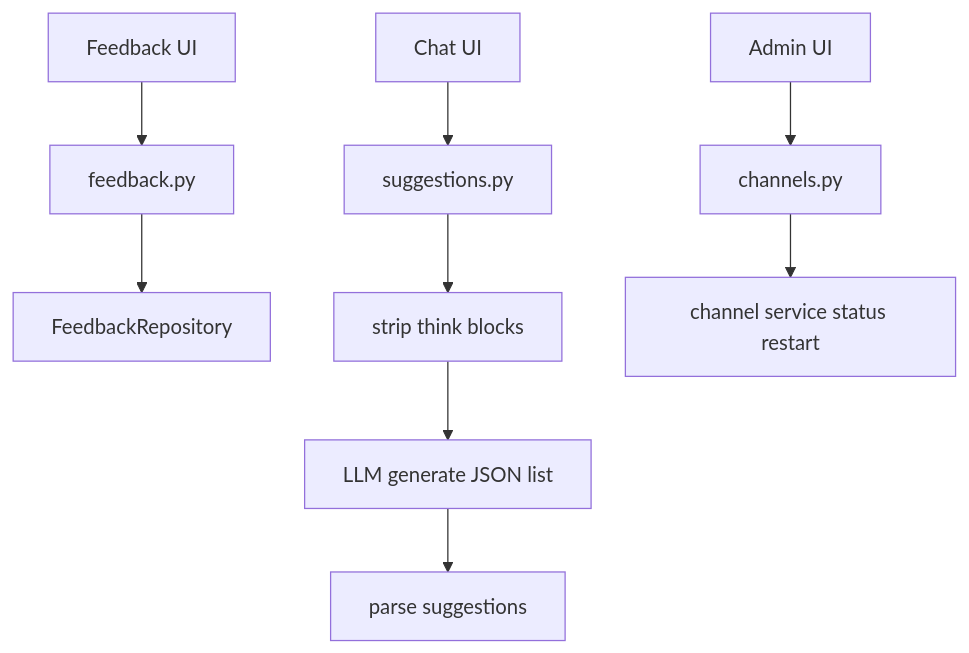
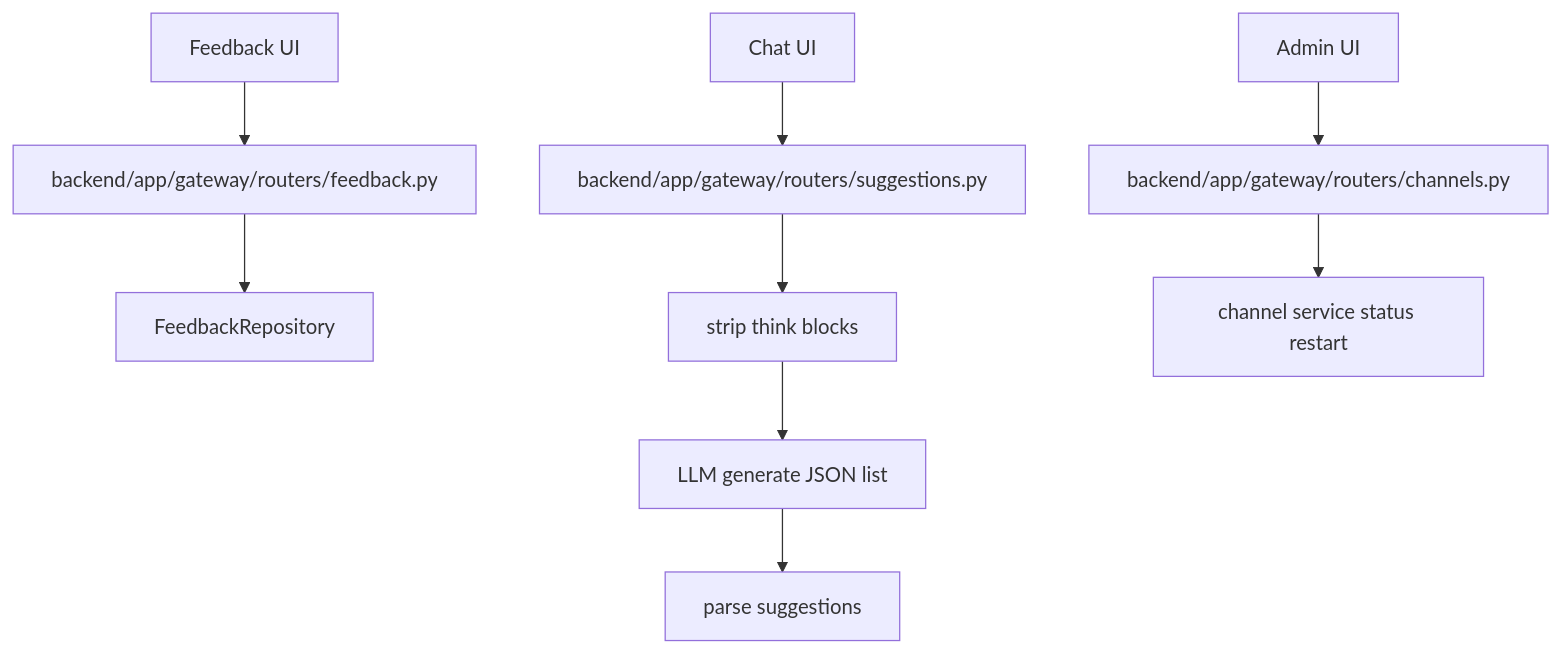
One commit to ShaofeiZi/deer-flow changed the first of 2 diagrams in .agent_context/final_review2/docs_md/63｜feedback_suggestions_channels Router 详解.md. Above: the diagram before and after it, drawn with Mermaid. The commit also changed other lines of this file and 568 other files, not shown here.

````diff
--- a/.agent_context/final_review2/docs_md/63｜feedback_suggestions_channels Router 详解.md
+++ b/.agent_context/final_review2/docs_md/63｜feedback_suggestions_channels Router 详解.md
@@ -19,11 +19,11 @@
 ```mermaid
 flowchart TD
-  FeedbackUI[Feedback UI] --> FeedbackRouter[feedback.py]
+  FeedbackUI[Feedback UI] --> FeedbackRouter[backend/app/gateway/routers/feedback.py]
   FeedbackRouter --> Repo[FeedbackRepository]
-  ChatUI[Chat UI] --> Suggest[suggestions.py]
+  ChatUI[Chat UI] --> Suggest[backend/app/gateway/routers/suggestions.py]
   Suggest --> Strip[strip think blocks]
   Strip --> Model[LLM generate JSON list]
   Model --> Parse[parse suggestions]
-  Admin[Admin UI] --> Channels[channels.py]
+  Admin[Admin UI] --> Channels[backend/app/gateway/routers/channels.py]
   Channels --> Service[channel service status restart]
 ```
````
